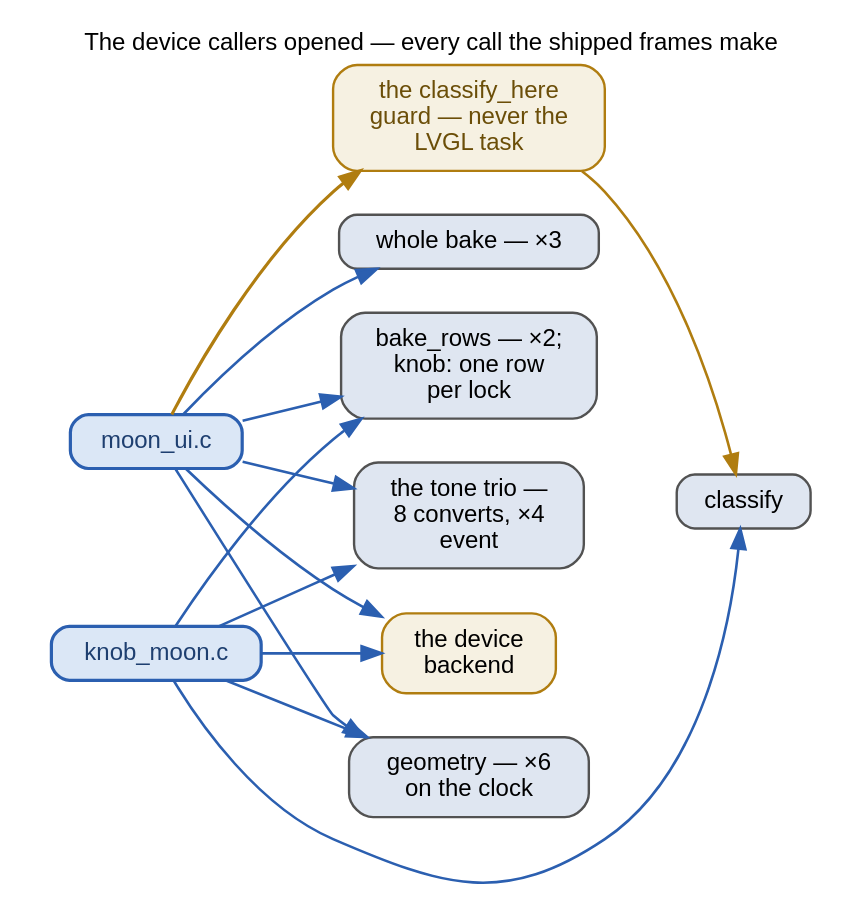
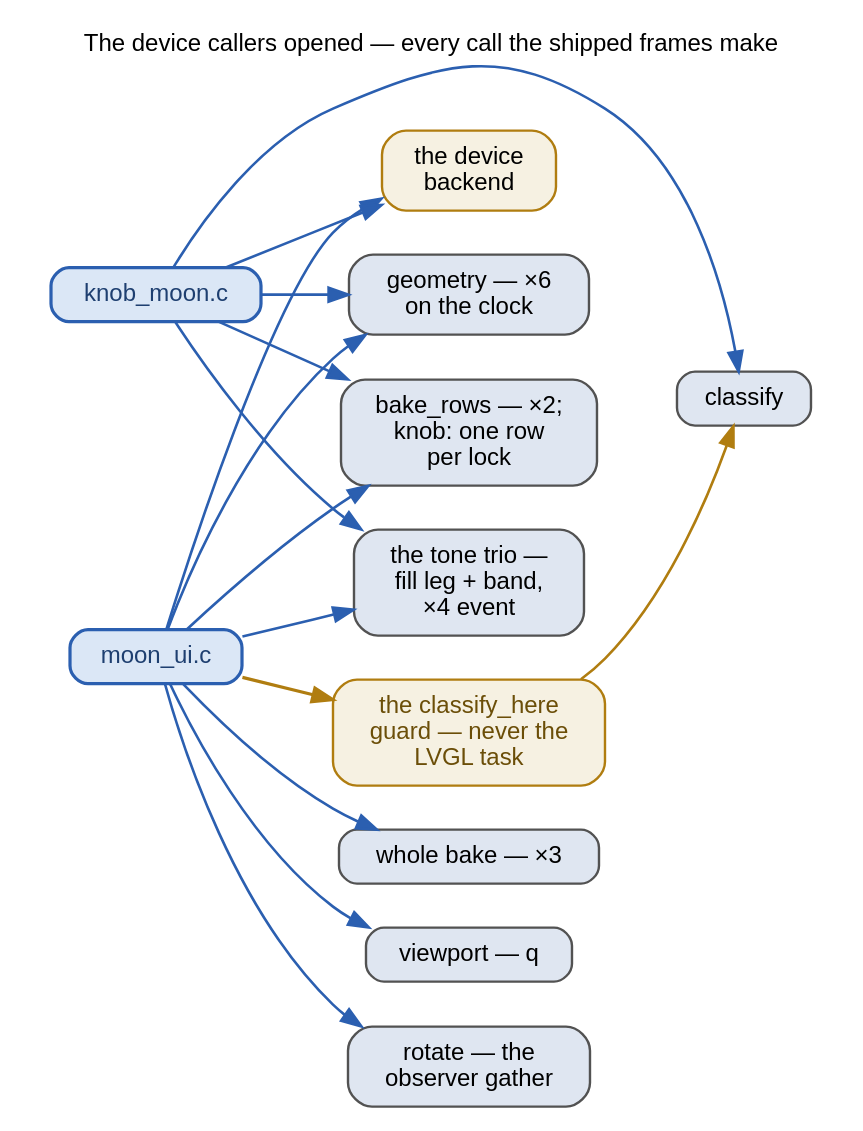
One commit to ukos-git/moon-clock-esp changed the diagram in docs/_graphs/api-surface-device.dot. Above: the diagram before and after it, drawn with Graphviz. The commit also changed 50 other files, not shown here.

First line of the commit message:
feat: named-city time zones + observer-view moon tilt

```diff
--- a/docs/_graphs/api-surface-device.dot
+++ b/docs/_graphs/api-surface-device.dot
@@ -1,62 +1,71 @@
 // THE DEVICE CALLERS opened: the only two files the shipped devices
 // run moon from, and every site they call (blue edges are paths a
 // shipped frame took; amber prices the day-scan guard). Verified in
 // code before drawing (comment-stripped greps):
-//   components/ui/moon_ui.c: geometry six sites (boot bake :1516,
-//     hourly producer :1684, replay warmup :2010, orbit :2107, plus the
-//     new-moon scan :1852/:1867); whole bake three (:1544 boot, :1699
-//     hourly producer, :2022 orbit batch); bake_rows two (hourly bounce
-//     :1287, orbit rows :2124, both dark_zero 1); gray565 EIGHT convert
-//     sites in four roles — canonical convert moon_convert_to_rgb
-//     :1458, publishes :1715/:1982/:2037 (after the s_hourly_gray ->
-//     s_frame memcpy), heals :1242 (moon_reveal_restore) and :1363
-//     (designed exit), row converts :1402 (reveal band) and :2133
-//     (orbit rows); set_event four (producers :1536/:1653/:2006 + the
-//     replay's set_event(NULL) :1934); classify is NEVER called
+//   components/ui/moon_ui.c: geometry six sites (boot bake :1722,
+//     hourly producer :1890, replay final :2226, orbit :2332, plus the
+//     new-moon scan :2066/:2081); whole bake four (:1750 boot, :1913
+//     hourly monolithic under reveal-suppression, :2244/:2248 the replay
+//     final's two branches); bake_rows two (hourly bounce :1493, orbit
+//     rows :2349, both dark_zero 1); the s_rgb build is ONE leg —
+//     moon_fill_rgb_from_frame :1420, internally the plain LUT
+//     (moon_gray565 :1430) or the observer gather (moon_rotate :1426 at
+//     the q from moon_viewport_rot_deg :1406) — and EIGHT legs run
+//     through it: reveal restore :1444, tick backstop heal :1568,
+//     convert :1664, hourly publish :1929, replay mid (own hour centre)
+//     :2198, replay final (now) :2261, orbit publish :2371, tz
+//     re-gather :2999; the one direct convert outside it is the reveal
+//     band :1607; set_event four (producers :1742/:1859/:2222 + the
+//     replay's set_event(NULL) :2148); classify is NEVER called
 //     directly on the LVGL task — the static wrapper
-//     moon_event_classify_here :1136-1150 routes cold day scans to
-//     core 1 (worker :1126, day tick :2699); seam reads :1520/:1525,
-//     eager warmup :2620 ("moon assets unavailable" guard).
+//     moon_event_classify_here :1280 routes cold day scans to
+//     core 1 (worker :1270, day tick :3073); seam reads :1726/:1731,
+//     eager warmup guard :2863 ("moon assets unavailable").
 //   knob/components/knob_moon/knob_moon.c (the knob's whole moon
 //     caller): geometry :118, bake_rows row-by-row :128/:145
 //     (dark_zero 1), gray565 per row :133/:157, set_event :83,
 //     classify :82/:94, any :119, signature :85/:95, seam :55/:56 —
 //     its header comment :9-13 calls the bake path the identity
 //     moon_rotate "by construction, not hope".
-//   Neither device file calls moon_rotate or moon_gray565_set_warm —
-//     warm is the shipped default.
+//   Only the clock calls moon_rotate + moon_viewport_rot_deg (the
+//     observer-view gather, moon_ui.c:1426/:1406) — the knob keeps its
+//     fixed north-up viewport. Neither device file calls
+//     moon_gray565_set_warm — warm is the shipped default.
 // The sealed version is api-surface.dot (this page); the host tools
 // are api-surface-host.dot; the contract census is
 // api-surface-headers.dot.
 // FONTS: 12 pt = the page's 16 px body text at 1:1 — kept inside the
 // content column.
 // Rendered inline as SVG by sphinx.ext.graphviz (dot on PATH).
 digraph api_surface_device {
     rankdir=LR;
     label="The device callers opened — every call the shipped frames make";
     labelloc="t"; labeljust="c";
     fontname="Helvetica"; fontsize=12;
     graph [nodesep=0.3, ranksep=0.5];
     node [fontname="Helvetica", fontsize=12, shape=box, style="rounded,filled",
           width=0, height=0, margin="0.16,0.10", fillcolor="#dfe6f1",
           color="#525252", penwidth=1.2];
     edge [fontname="Helvetica", fontsize=12, color="#2b5fb0", penwidth=1.3];
 
     ui [label="moon_ui.c", fillcolor="#dbe7f6", color="#2b5fb0", fontcolor="#1e3f70", penwidth=1.6];
     knob [label="knob_moon.c", fillcolor="#dbe7f6", color="#2b5fb0", fontcolor="#1e3f70", penwidth=1.6];
     guard [label="the classify_here\nguard — never the\nLVGL task", fillcolor="#f6f1e2", color="#b07d10", fontcolor="#6b4e08"];
 
     geom [label="geometry — ×6\non the clock"];
     bake [label="whole bake — ×3"];
     bakerows [label="bake_rows — ×2;\nknob: one row\nper lock"];
-    lut [label="the tone trio —\n8 converts, ×4\nevent"];
+    lut [label="the tone trio —\nfill leg + band,\n×4 event"];
+    vp [label="viewport — q"];
+    rot [label="rotate — the\nobserver gather"];
     evclass [label="classify"];
     esp_be [label="the device\nbackend", fillcolor="#f6f1e2", color="#b07d10"];
 
     ui -> geom; ui -> bake; ui -> bakerows; ui -> lut;
+    ui -> vp; ui -> rot;
     ui -> guard [color="#b07d10", penwidth=1.6];
     ui -> esp_be;
     guard -> evclass [color="#b07d10"];
     knob -> geom; knob -> bakerows; knob -> lut;
     knob -> evclass; knob -> esp_be;
 }
```
